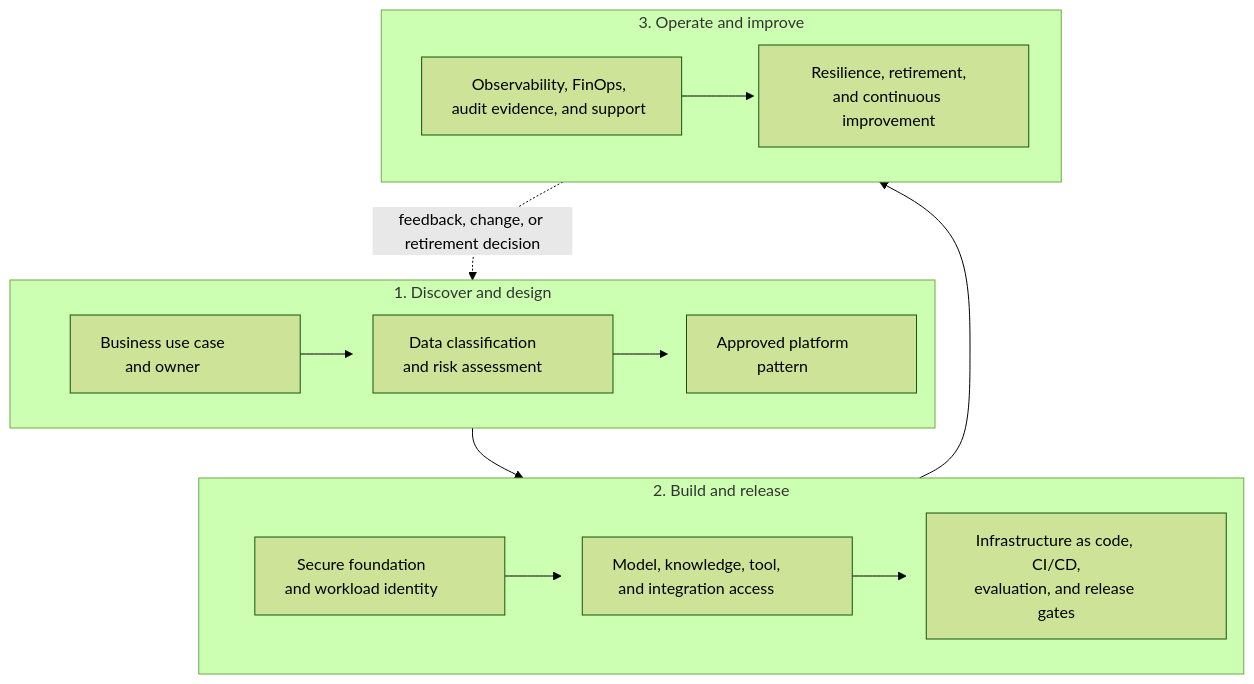
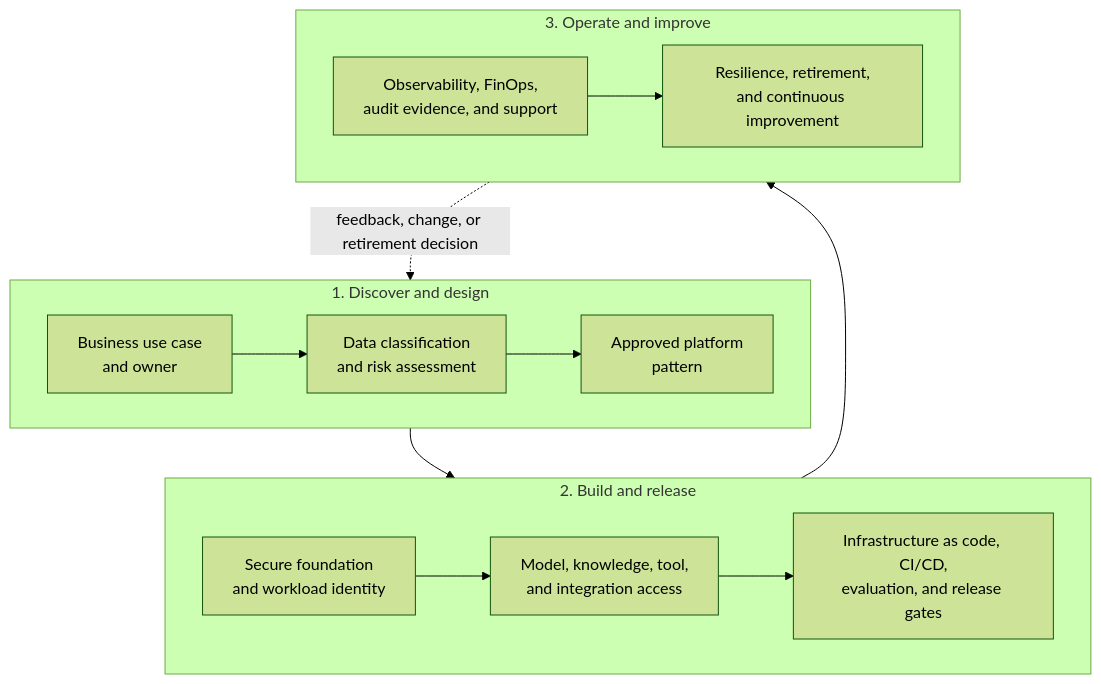
Before and after one commit to afaryy/cloudai-platform: the third of 3 diagrams in docs/architecture.md, drawn with Mermaid (forest theme). The commit also changed other lines of this file and 1 other file, not shown here.

Commit message:
docs: rely on Mermaid label sizing

````diff
--- a/docs/architecture.md
+++ b/docs/architecture.md
@@ -130,39 +112,31 @@
 ```mermaid
 flowchart TB
   usecase["Business use case<br/>and owner"]
   assessment["Data classification<br/>and risk assessment"]
   pattern["Approved platform<br/>pattern"]
   secure["Secure foundation<br/>and workload identity"]
   access["Model, knowledge, tool,<br/>and integration access"]
   release["Infrastructure as code, CI/CD,<br/>evaluation, and release gates"]
   operate["Observability, FinOps,<br/>audit evidence, and support"]
   improve["Resilience, retirement,<br/>and continuous improvement"]
 
   subgraph discover["1. Discover and design"]
     direction LR
     usecase --> assessment --> pattern
   end
 
   subgraph deliver["2. Build and release"]
     direction LR
     secure --> access --> release
   end
 
   subgraph operate_loop["3. Operate and improve"]
     direction LR
     operate --> improve
   end
 
   pattern --> secure
   release --> operate
   improve -. "feedback, change, or retirement decision" .-> assessment
 
-  style usecase width:230px
-  style assessment width:240px
-  style pattern width:230px
-  style secure width:250px
-  style access width:270px
-  style release width:300px
-  style operate width:260px
-  style improve width:270px
 ```
````
